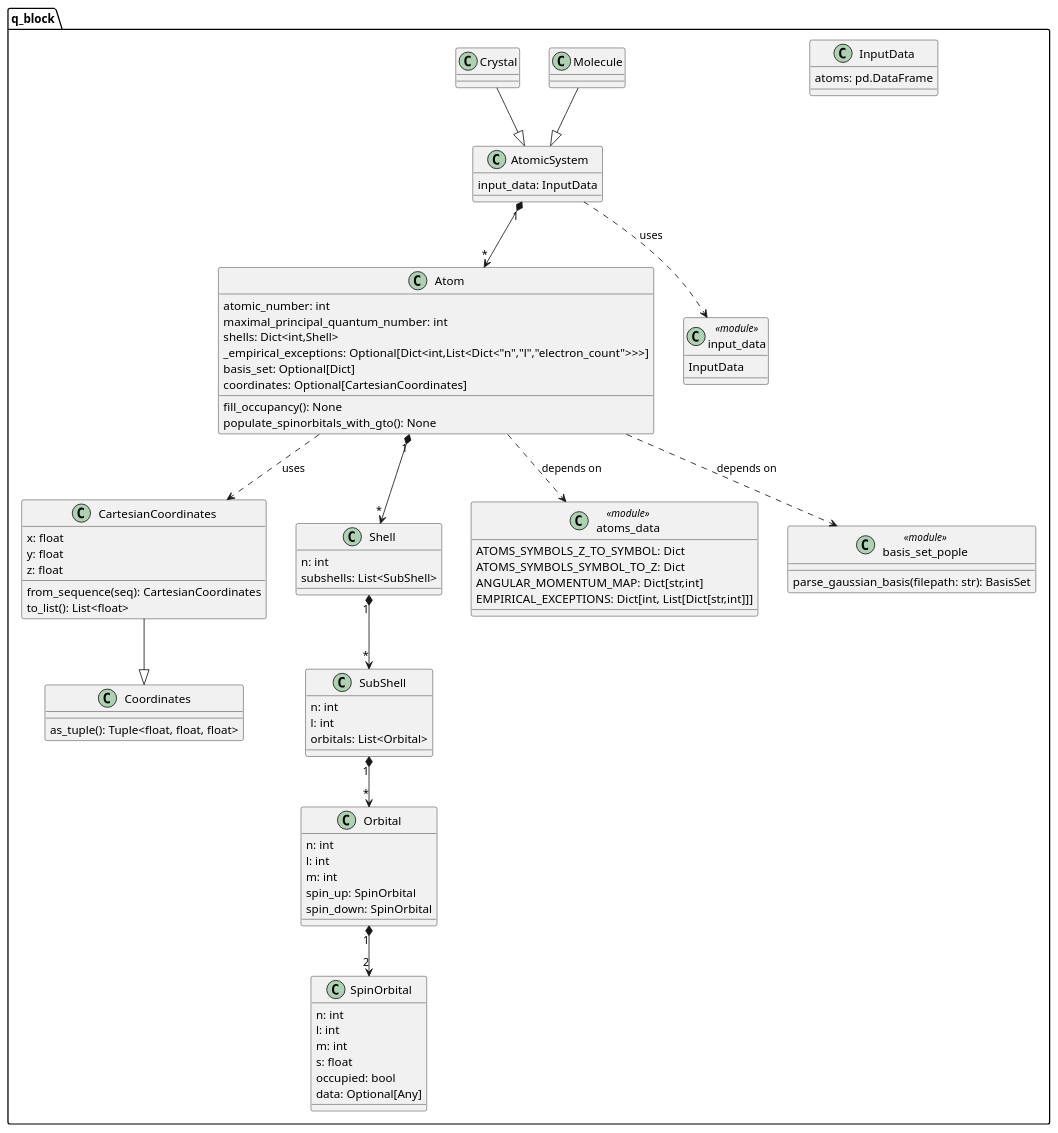
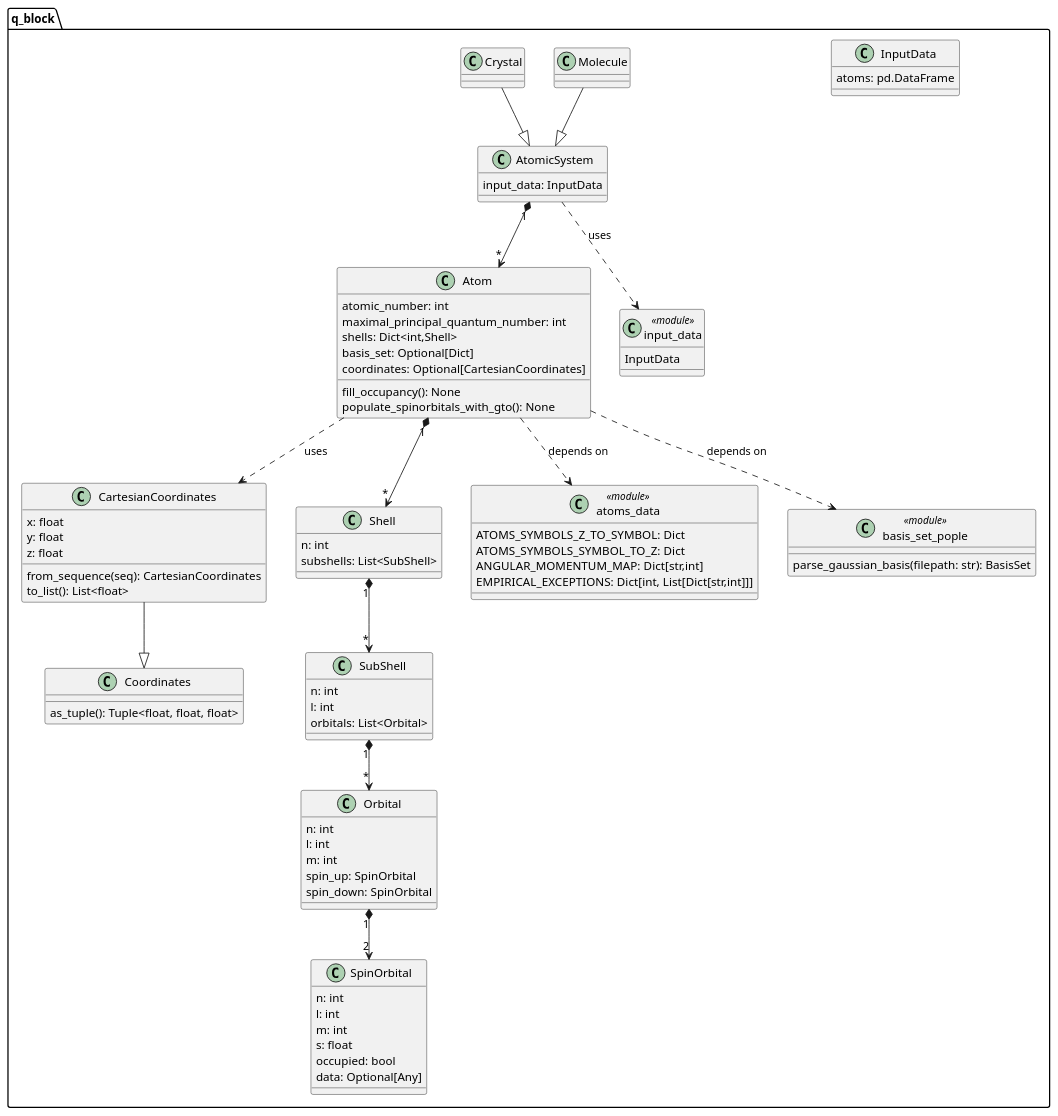
The diagram in architecture/bdd_q_block.puml (milosz-martynow/qBlock), drawn with PlantUML before and after one commit. The commit also changed 7 other files, not shown here.

```diff
--- a/architecture/bdd_q_block.puml
+++ b/architecture/bdd_q_block.puml
@@ -1,110 +1,109 @@
 @startuml
 ' ==========================================================
 ' Block Definition Diagram for package q_block
 ' ==========================================================
 
 package "q_block" {
 
     class "Atom" {
         atomic_number: int
         maximal_principal_quantum_number: int
         shells: Dict<int,Shell>
-        _empirical_exceptions: Optional[Dict<int,List<Dict<"n","l","electron_count">>>]
         basis_set: Optional[Dict]
         coordinates: Optional[CartesianCoordinates]
         fill_occupancy(): None
         populate_spinorbitals_with_gto(): None
     }
 
     class "CartesianCoordinates" {
         x: float
         y: float
         z: float
         from_sequence(seq): CartesianCoordinates
         to_list(): List<float>
     }
 
     class "Coordinates" {
         as_tuple(): Tuple<float, float, float>
     }
 
     class "SpinOrbital" {
         n: int
         l: int
         m: int
         s: float
         occupied: bool
         data: Optional[Any]
     }
 
     class "Orbital" {
         n: int
         l: int
         m: int
         spin_up: SpinOrbital
         spin_down: SpinOrbital
     }
 
     class "SubShell" {
         n: int
         l: int
         orbitals: List<Orbital>
     }
 
     class "Shell" {
         n: int
         subshells: List<SubShell>
     }
 
     class "InputData" {
         atoms: pd.DataFrame
     }
 
     class "AtomicSystem" {
         input_data: InputData
     }
 
     class "Molecule" {
     }
 
     class "Crystal" {
     }
 
     class "atoms_data" as AD <<module>> {
         ATOMS_SYMBOLS_Z_TO_SYMBOL: Dict
         ATOMS_SYMBOLS_SYMBOL_TO_Z: Dict
         ANGULAR_MOMENTUM_MAP: Dict[str,int]
         EMPIRICAL_EXCEPTIONS: Dict[int, List[Dict[str,int]]]
     }
 
     class "basis_set_pople" as BSP <<module>> {
         parse_gaussian_basis(filepath: str): BasisSet
     }
 
     class "input_data" as ID <<module>> {
         InputData
     }
 
 
     CartesianCoordinates --|> Coordinates
 }
 
 ' ----------------------------------------------------------
 ' Relationships
 ' ----------------------------------------------------------
 
 "Atom" "1" *--> "*" "Shell"
 "Shell" "1" *--> "*" "SubShell"
 "SubShell" "1" *--> "*" "Orbital"
 "Orbital" "1" *--> "2" "SpinOrbital"
 "AtomicSystem" "1" *--> "*" "Atom"
 
 "Molecule" --|> "AtomicSystem"
 "Crystal"  --|> "AtomicSystem"
 
 "Atom" ..> AD  : depends on
 "Atom" ..> BSP : depends on
 "AtomicSystem" ..> ID : uses
 "Atom" ..> "CartesianCoordinates" : uses
 
 @enduml
```
